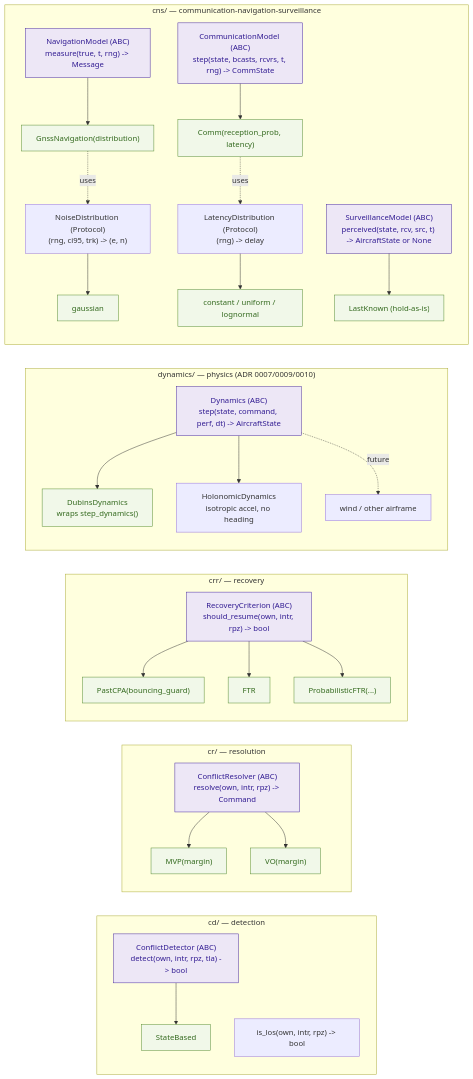
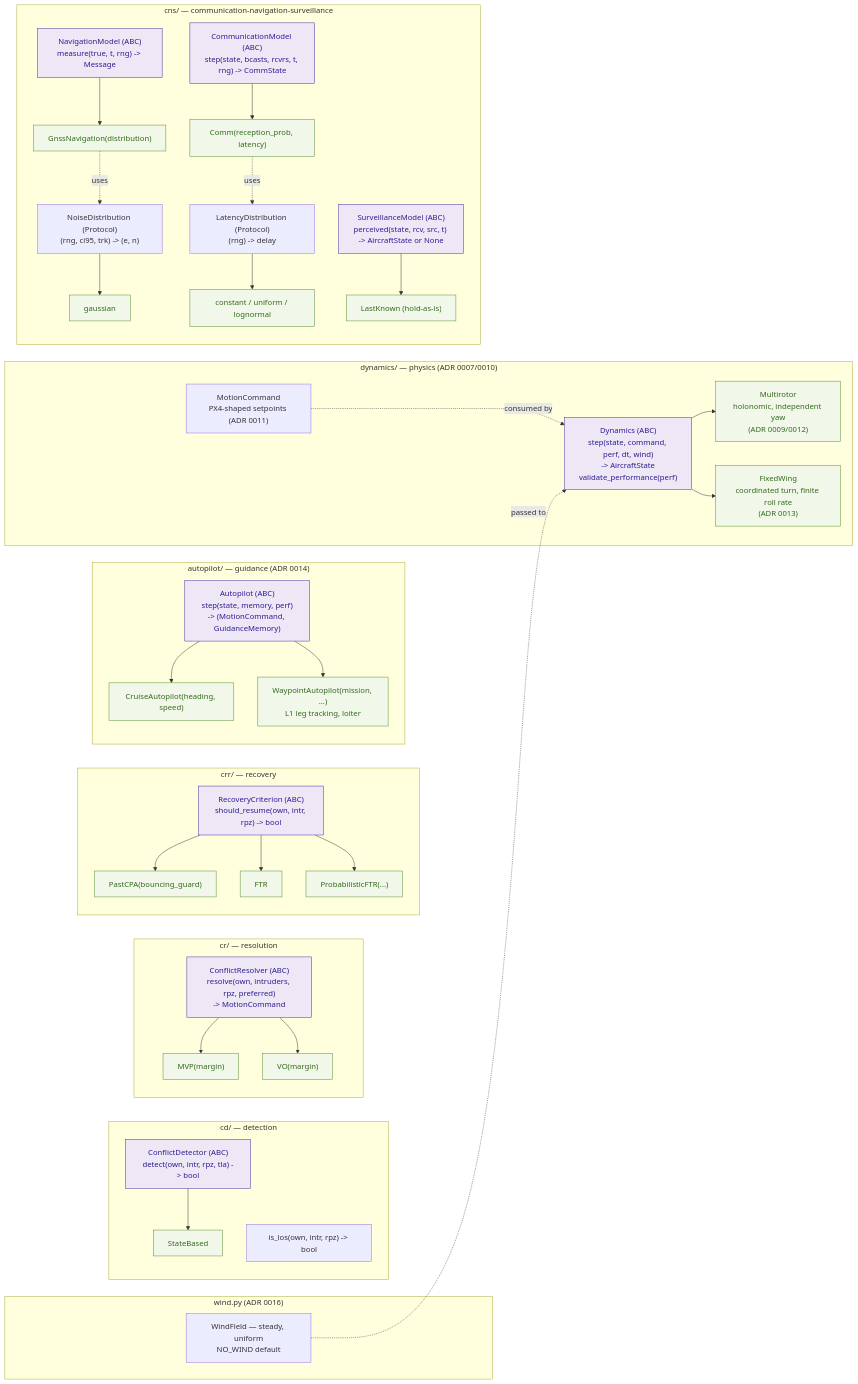
One commit to fazlurnu/OpenCDaRR changed the fourth of 5 diagrams in vault/architecture-dataflow.md. Above: the diagram before and after it, drawn with Mermaid. The commit also changed other lines of this file and 15 other files, not shown here.

````diff
--- a/vault/architecture-dataflow.md
+++ b/vault/architecture-dataflow.md
@@ -161,45 +238,55 @@
 ```mermaid
 flowchart LR
     subgraph CDf["cd/ — detection"]
         CDABC["ConflictDetector (ABC)<br/>detect(own, intr, rpz, tla) -> bool"]
         SB["StateBased"]
         ISLOS["is_los(own, intr, rpz) -> bool"]
         CDABC --> SB
     end
     subgraph CRf["cr/ — resolution"]
-        CRABC["ConflictResolver (ABC)<br/>resolve(own, intr, rpz) -> Command"]
+        CRABC["ConflictResolver (ABC)<br/>resolve(own, intruders, rpz, preferred)<br/>-> MotionCommand"]
         CRABC --> MVPn["MVP(margin)"]
         CRABC --> VOn["VO(margin)"]
     end
     subgraph CRRf["crr/ — recovery"]
         CRRABC["RecoveryCriterion (ABC)<br/>should_resume(own, intr, rpz) -> bool"]
         CRRABC --> PC["PastCPA(bouncing_guard)"]
         CRRABC --> FTRn["FTR"]
         CRRABC --> PFTR["ProbabilisticFTR(...)"]
     end
-    subgraph DYNf["dynamics/ — physics (ADR 0007/0009/0010)"]
-        DABC["Dynamics (ABC)<br/>step(state, command, perf, dt) -> AircraftState"]
-        DABC --> PMD["DubinsDynamics<br/>wraps step_dynamics()"]
-        DABC --> HOLO["HolonomicDynamics<br/>isotropic accel, no heading"]
-        DABC -. future .-> WIND["wind / other airframe"]
+    subgraph DYNf["dynamics/ — physics (ADR 0007/0010)"]
+        DABC["Dynamics (ABC)<br/>step(state, command, perf, dt, wind)<br/>-> AircraftState<br/>validate_performance(perf)"]
+        DABC --> MR["Multirotor<br/>holonomic, independent yaw<br/>(ADR 0009/0012)"]
+        DABC --> FW["FixedWing<br/>coordinated turn, finite roll rate<br/>(ADR 0013)"]
+        MC["MotionCommand<br/>PX4-shaped setpoints (ADR 0011)"]
+        MC -. consumed by .-> DABC
     end
+    subgraph APf["autopilot/ — guidance (ADR 0014)"]
+        APABC["Autopilot (ABC)<br/>step(state, memory, perf)<br/>-> (MotionCommand, GuidanceMemory)"]
+        APABC --> CRU["CruiseAutopilot(heading, speed)"]
+        APABC --> WPT["WaypointAutopilot(mission, ...)<br/>L1 leg tracking, loiter"]
+    end
+    subgraph WNDf["wind.py (ADR 0016)"]
+        WF["WindField — steady, uniform<br/>NO_WIND default"]
+    end
+    WF -. passed to .-> DABC
     subgraph CNSf["cns/ — communication-navigation-surveillance"]
         NAVABC["NavigationModel (ABC)<br/>measure(true, t, rng) -> Message"]
         NAVABC --> GPS["GnssNavigation(distribution)"]
         NDP["NoiseDistribution (Protocol)<br/>(rng, ci95, trk) -> (e, n)"]
         NDP --> GAUSS["gaussian"]
         GPS -. uses .-> NDP
         COMMABC["CommunicationModel (ABC)<br/>step(state, bcasts, rcvrs, t, rng) -> CommState"]
         COMMABC --> COMMc["Comm(reception_prob, latency)"]
         LDP["LatencyDistribution (Protocol)<br/>(rng) -> delay"]
         LDP --> LATc["constant / uniform / lognormal"]
         COMMc -. uses .-> LDP
         SURVABC["SurveillanceModel (ABC)<br/>perceived(state, rcv, src, t) -> AircraftState or None"]
         SURVABC --> LK["LastKnown (hold-as-is)"]
     end
 
     classDef abc fill:#ede7f6,stroke:#4527a0,color:#311b92
     classDef impl fill:#f1f8e9,stroke:#558b2f,color:#33691e
-    class CDABC,CRABC,CRRABC,DABC,NAVABC,COMMABC,SURVABC abc
-    class SB,MVPn,VOn,PC,FTRn,PFTR,PMD,GPS,GAUSS,COMMc,LATc,LK impl
+    class CDABC,CRABC,CRRABC,DABC,APABC,NAVABC,COMMABC,SURVABC abc
+    class SB,MVPn,VOn,PC,FTRn,PFTR,MR,FW,CRU,WPT,GPS,GAUSS,COMMc,LATc,LK impl
 ```
````
